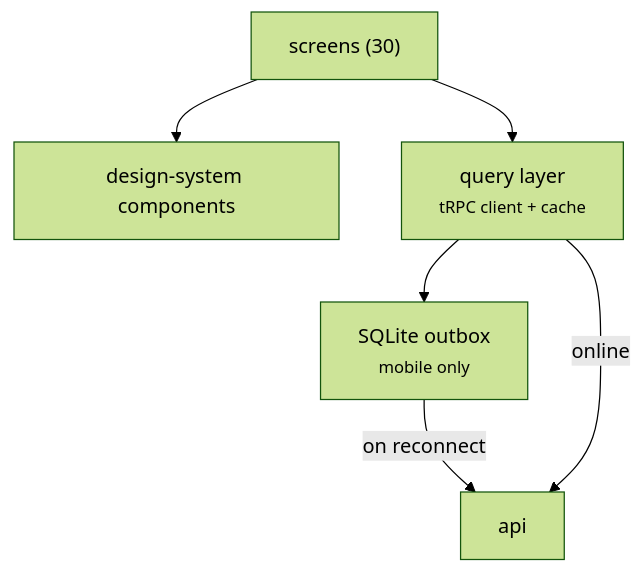
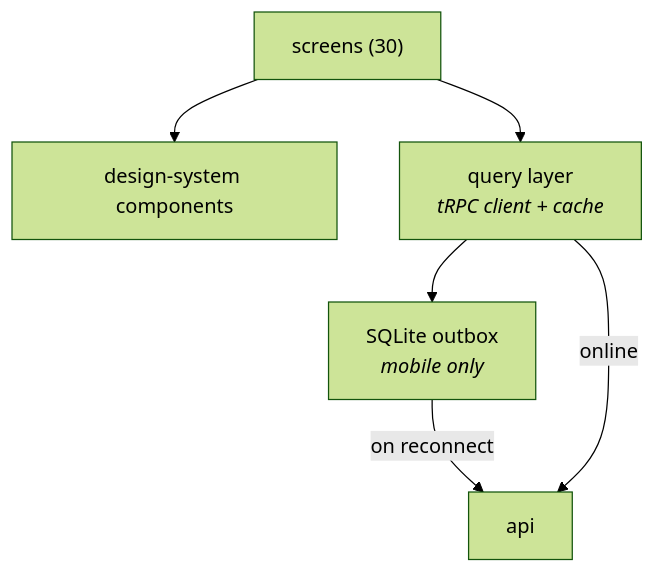
The third of 3 diagrams in docs/specification/architecture/02-components.md (VoltLightning/waltning), drawn with Mermaid (forest theme) before and after one commit. The commit also changed other lines of this file and 15 other files, not shown here.

````diff
--- a/docs/specification/architecture/02-components.md
+++ b/docs/specification/architecture/02-components.md
@@ -172,8 +172,8 @@
 ```mermaid
 graph TB
     UI["screens (30)"] --> COMP["design-system components"]
-    UI --> Q["query layer<br/><small>tRPC client + cache</small>"]
-    Q --> OUTBOX["SQLite outbox<br/><small>mobile only</small>"]
+    UI --> Q["query layer<br/><i>tRPC client + cache</i>"]
+    Q --> OUTBOX["SQLite outbox<br/><i>mobile only</i>"]
     OUTBOX -->|"on reconnect"| API["api"]
     Q -->|online| API
 ```
````
